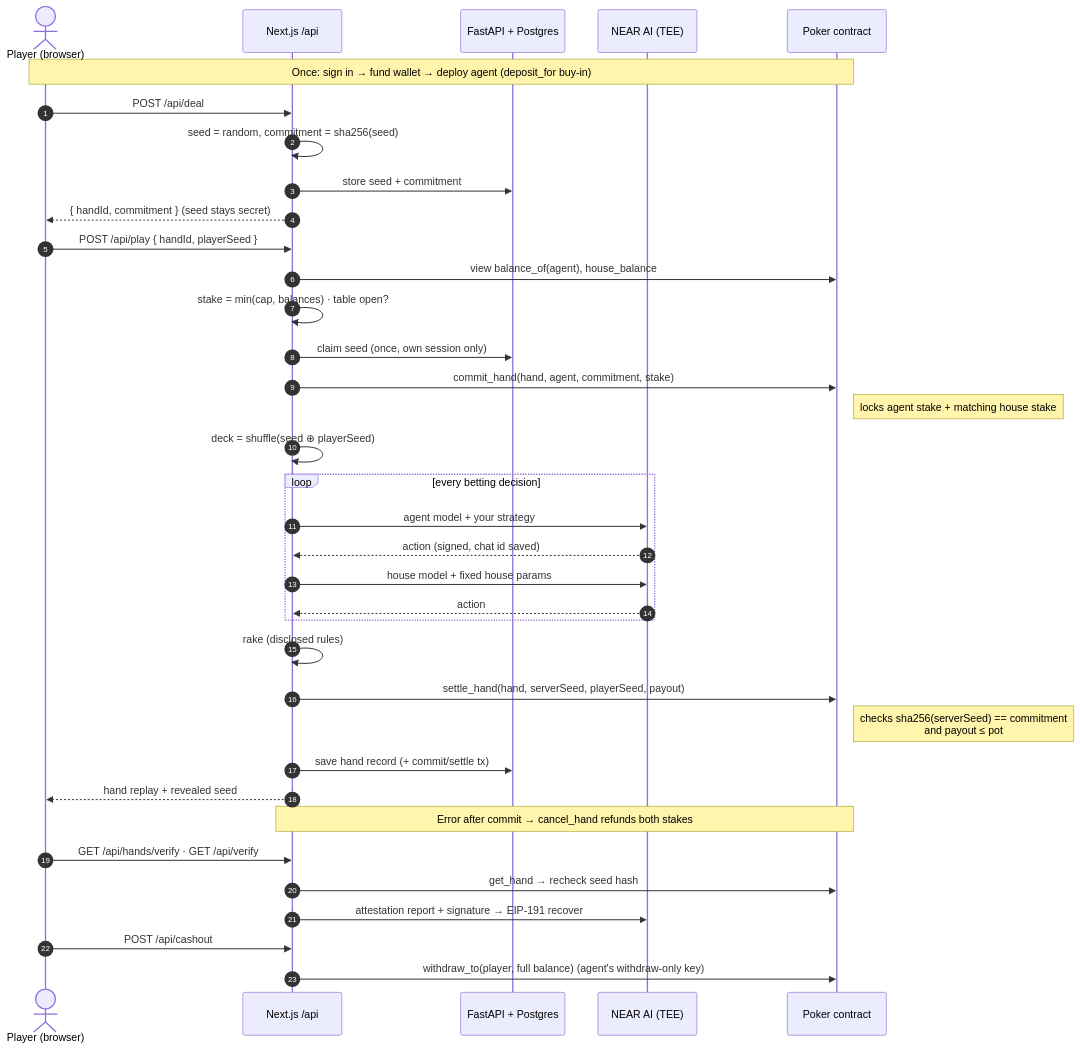
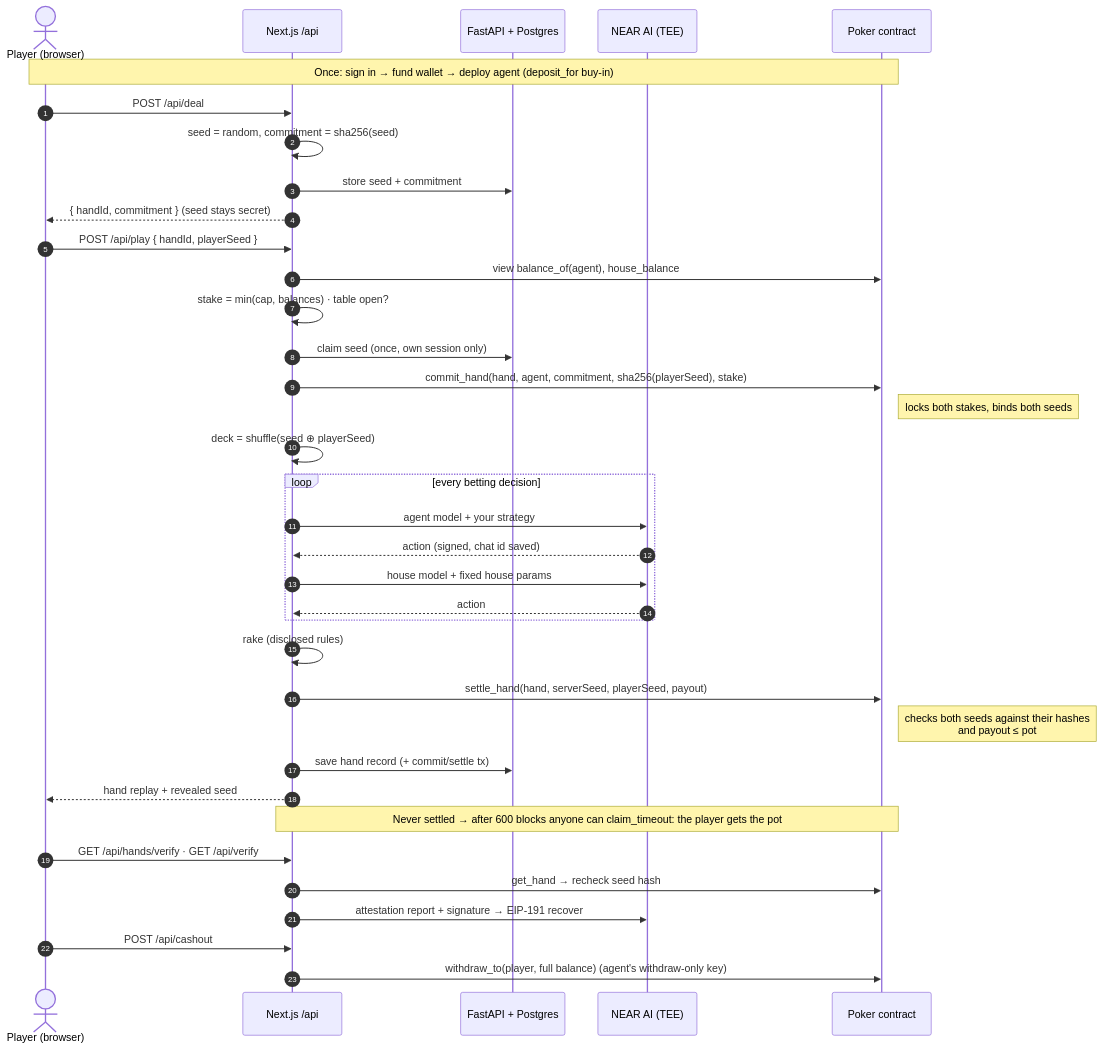
Before and after one commit to Neeraj1850/bluffalo-v1: the fourth of 5 diagrams in README.md, drawn with Mermaid. The commit also changed other lines of this file and 2 other files, not shown here.

Commit message:
docs: honest README (keys, limits, provenance, libraries), contract v2 details; drop the cross-chain claim

````diff
--- a/README.md
+++ b/README.md
@@ -232,39 +234,39 @@
 ```mermaid
 sequenceDiagram
     autonumber
     actor P as Player (browser)
     participant N as Next.js /api
     participant B as FastAPI + Postgres
     participant AI as NEAR AI (TEE)
     participant C as Poker contract
 
     Note over P,C: Once: sign in → fund wallet → deploy agent (deposit_for buy-in)
     P->>N: POST /api/deal
     N->>N: seed = random, commitment = sha256(seed)
     N->>B: store seed + commitment
     N-->>P: { handId, commitment }  (seed stays secret)
     P->>N: POST /api/play { handId, playerSeed }
     N->>C: view balance_of(agent), house_balance
     N->>N: stake = min(cap, balances) · table open?
     N->>B: claim seed (once, own session only)
-    N->>C: commit_hand(hand, agent, commitment, stake)
-    Note right of C: locks agent stake + matching house stake
+    N->>C: commit_hand(hand, agent, commitment, sha256(playerSeed), stake)
+    Note right of C: locks both stakes, binds both seeds
     N->>N: deck = shuffle(seed ⊕ playerSeed)
     loop every betting decision
         N->>AI: agent model + your strategy
         AI-->>N: action (signed, chat id saved)
         N->>AI: house model + fixed house params
         AI-->>N: action
     end
     N->>N: rake (disclosed rules)
     N->>C: settle_hand(hand, serverSeed, playerSeed, payout)
-    Note right of C: checks sha256(serverSeed) == commitment<br/>and payout ≤ pot
+    Note right of C: checks both seeds against their hashes<br/>and payout ≤ pot
     N->>B: save hand record (+ commit/settle tx)
     N-->>P: hand replay + revealed seed
-    Note over N,C: Error after commit → cancel_hand refunds both stakes
+    Note over N,C: Never settled → after 600 blocks anyone can claim_timeout: the player gets the pot
     P->>N: GET /api/hands/verify · GET /api/verify
     N->>C: get_hand → recheck seed hash
     N->>AI: attestation report + signature → EIP-191 recover
     P->>N: POST /api/cashout
     N->>C: withdraw_to(player, full balance)  (agent's withdraw-only key)
 ```
````
